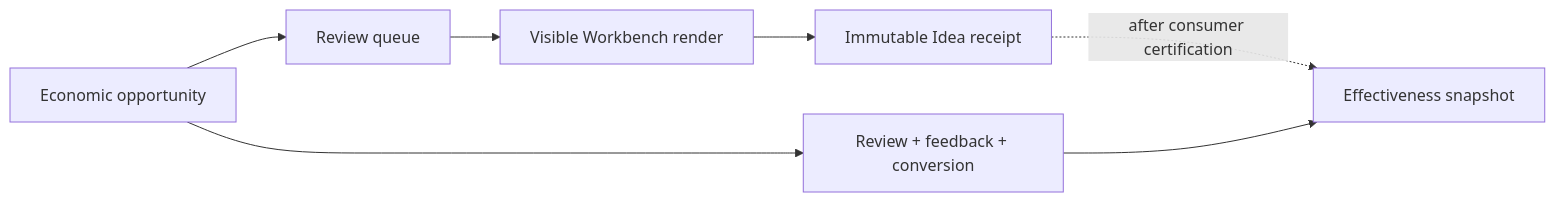
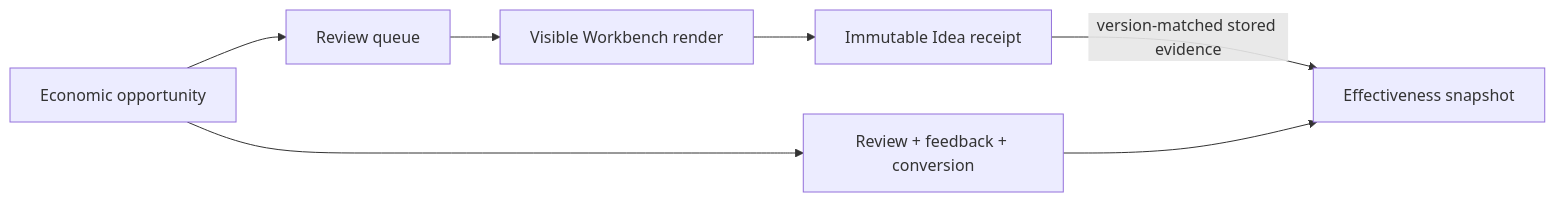
The diagram in wiki/Opportunity-Effectiveness.md (sgajbi/lotus-idea), drawn with Mermaid before and after one commit. The commit also changed other lines of this file and 3 other files, not shown here.

Commit message:
docs(effectiveness): define stored presentation measures

````diff
--- a/wiki/Opportunity-Effectiveness.md
+++ b/wiki/Opportunity-Effectiveness.md
@@ -19,9 +19,9 @@
 ```mermaid
 flowchart LR
     Candidate["Economic opportunity"] --> Queue["Review queue"]
     Queue --> Render["Visible Workbench render"]
     Render --> Receipt["Immutable Idea receipt"]
     Candidate --> Decisions["Review + feedback + conversion"]
-    Receipt -. "after consumer certification" .-> Funnel["Effectiveness snapshot"]
+    Receipt -->|"version-matched stored evidence"| Funnel["Effectiveness snapshot"]
     Decisions --> Funnel
 ```
````
